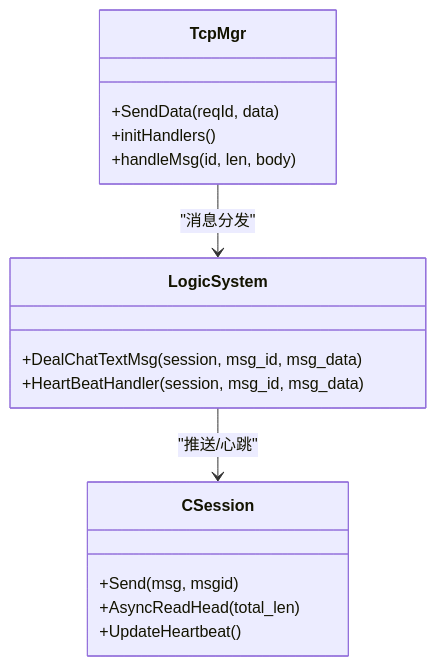
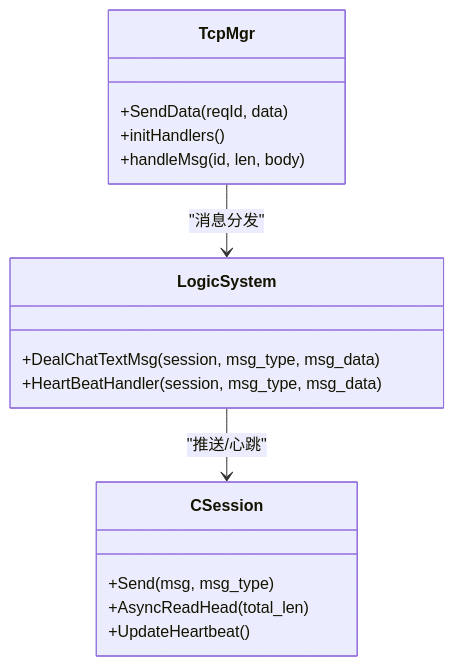
The seventh of 9 diagrams in .qoder/repowiki/zh/content/架构设计/数据流设计/数据流设计.md (echo9923/mychatter), drawn with Mermaid before and after one commit. The commit also changed other lines of this file and 128 other files, not shown here.

First line of the commit message:
refactor(protocol): TCP 帧头消息类型 msg_id 全局改名为 msg_type

````diff
--- a/.qoder/repowiki/zh/content/架构设计/数据流设计/数据流设计.md
+++ b/.qoder/repowiki/zh/content/架构设计/数据流设计/数据流设计.md
@@ -307,19 +307,19 @@
 ```mermaid
 classDiagram
 class TcpMgr {
 +SendData(reqId, data)
 +initHandlers()
 +handleMsg(id, len, body)
 }
 class LogicSystem {
-+DealChatTextMsg(session, msg_id, msg_data)
-+HeartBeatHandler(session, msg_id, msg_data)
++DealChatTextMsg(session, msg_type, msg_data)
++HeartBeatHandler(session, msg_type, msg_data)
 }
 class CSession {
-+Send(msg, msgid)
++Send(msg, msg_type)
 +AsyncReadHead(total_len)
 +UpdateHeartbeat()
 }
 TcpMgr --> LogicSystem : "消息分发"
 LogicSystem --> CSession : "推送/心跳"
 ```
````
